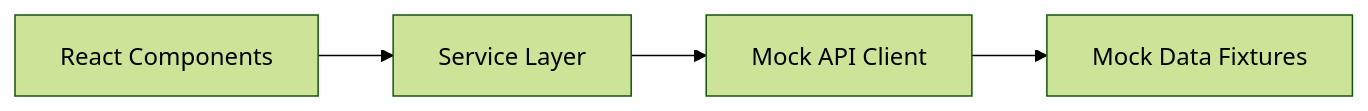
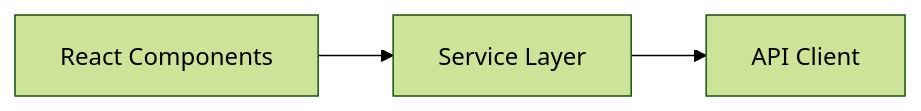
One commit to JambrInternal/agent-maple-console changed the diagram in docs/walkthrough.md. Above: the diagram before and after it, drawn with Mermaid (forest theme). The commit also changed other lines of this file and 46 other files, not shown here.

````diff
--- a/docs/walkthrough.md
+++ b/docs/walkthrough.md
@@ -13,6 +12,5 @@
 ```mermaid
 graph LR
     UI[React Components] --> S[Service Layer]
-    S --> C[Mock API Client]
-    C --> M[Mock Data Fixtures]
+    S --> C[API Client]
 ```
````
